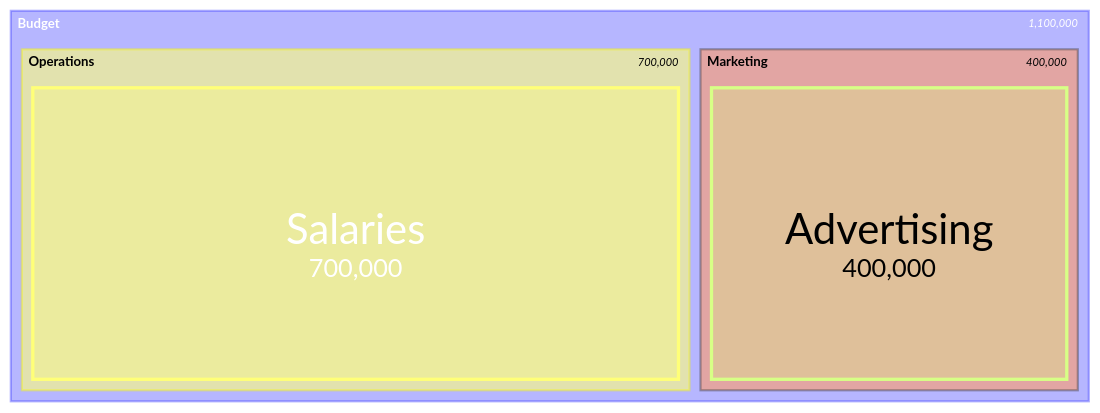
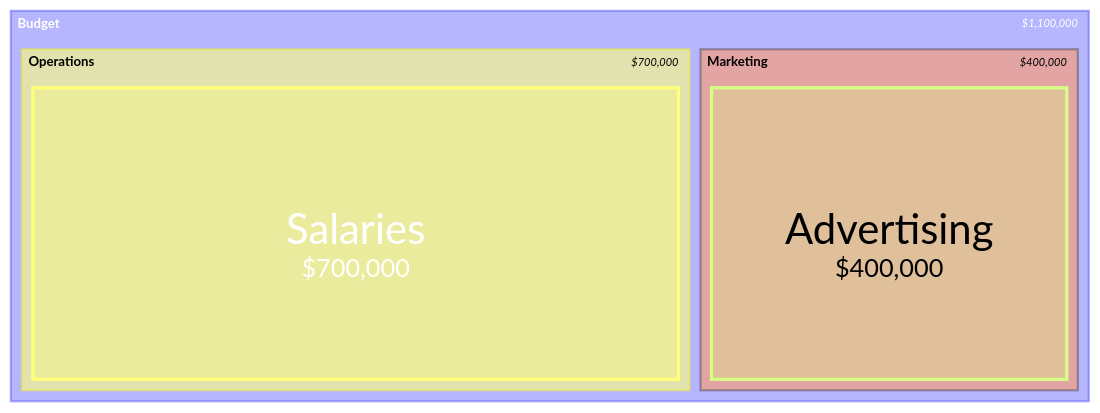
Before and after one commit to bsamiee/Rasm: diagram 11 of 21 in .claude/skills/mermaid-diagramming/references/syntax-extended.md, drawn with Mermaid. The commit also changed other lines of this file and 27 other files, not shown here.

````diff
--- a/.claude/skills/mermaid-diagramming/references/syntax-extended.md
+++ b/.claude/skills/mermaid-diagramming/references/syntax-extended.md
@@ -180,9 +257,14 @@
 ```mermaid
+---
+config:
+  treemap:
+    valueFormat: '$0,0'
+---
 treemap-beta
 "Budget"
     "Operations"
         "Salaries": 700000
     "Marketing":::focus
         "Advertising": 400000
 classDef focus fill:#f96,stroke:#333;
 ```
````
